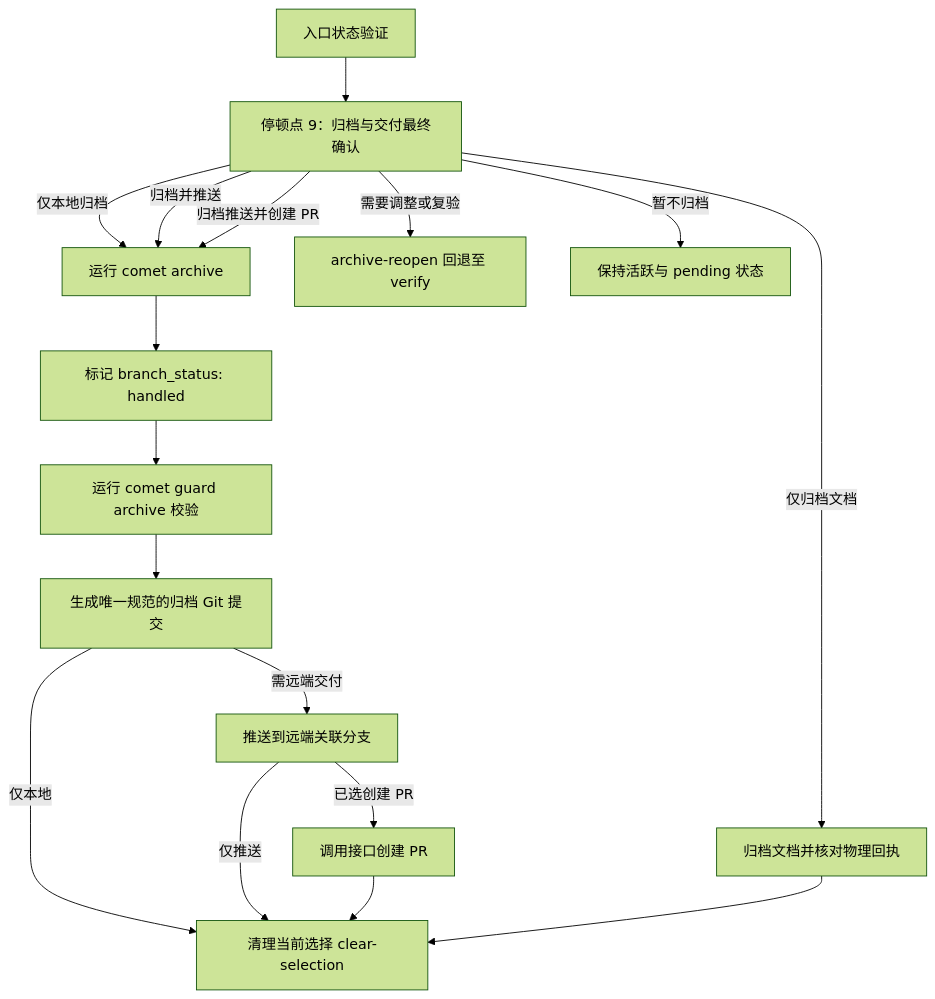
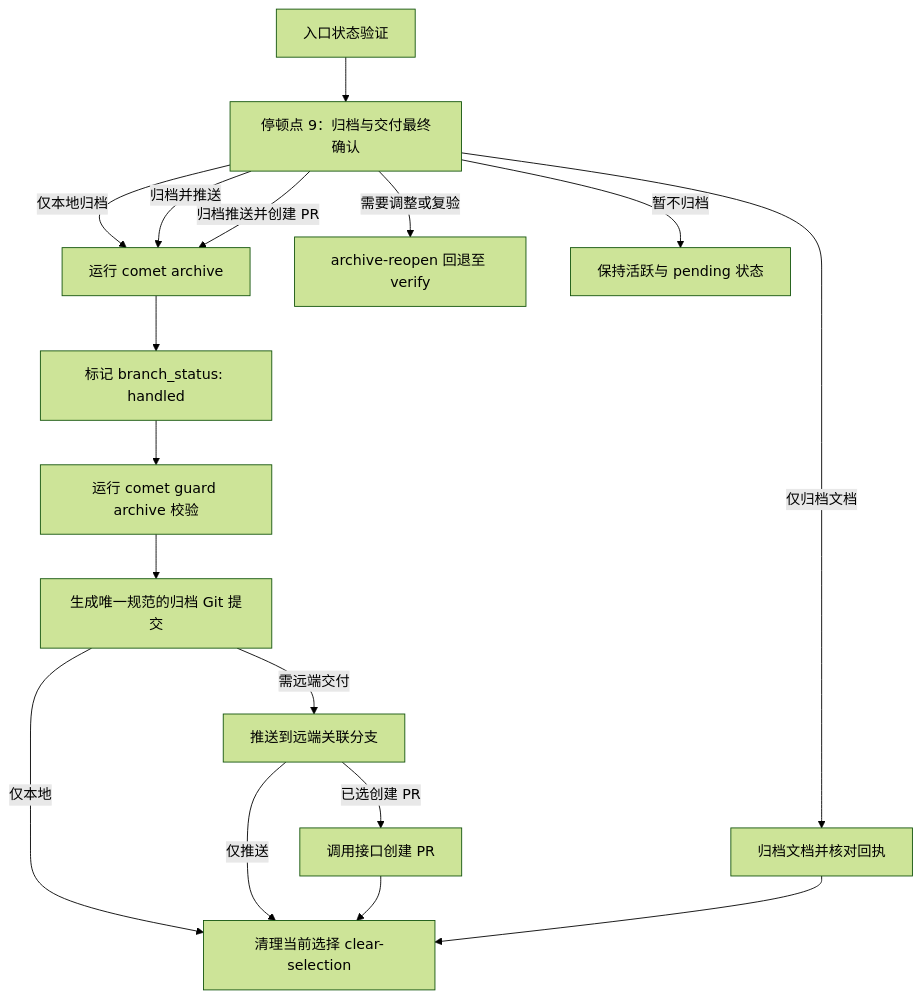
Before and after one commit to rpamis/comet-website-docs: the diagram in zh/phases/archive.mdx, drawn with Mermaid (forest theme). The commit also changed other lines of this file and 87 other files, not shown here.

````diff
--- a/zh/phases/archive.mdx
+++ b/zh/phases/archive.mdx
@@ -24,19 +24,19 @@
 ```mermaid
 flowchart TD
     Entry["入口状态验证"] --> Confirm["停顿点 9：归档与交付最终确认"]
     Confirm -->|仅本地归档| Archive["运行 comet archive"]
     Confirm -->|归档并推送| Archive
     Confirm -->|归档推送并创建 PR| Archive
-    Confirm -->|仅归档文档| Documents["归档文档并核对物理回执"]
+    Confirm -->|仅归档文档| Documents["归档文档并核对回执"]
     Confirm -->|需要调整或复验| Reopen["archive-reopen 回退至 verify"]
     Confirm -->|暂不归档| Keep["保持活跃与 pending 状态"]
     Archive --> State["标记 branch_status: handled"]
     State --> Guard["运行 comet guard archive 校验"]
     Guard --> Commit["生成唯一规范的归档 Git 提交"]
     Commit -->|仅本地| Clear["清理当前选择 clear-selection"]
     Commit -->|需远端交付| Push["推送到远端关联分支"]
     Push -->|已选创建 PR| PR["调用接口创建 PR"]
     Push -->|仅推送| Clear
     PR --> Clear
     Documents --> Clear
 ```
````
